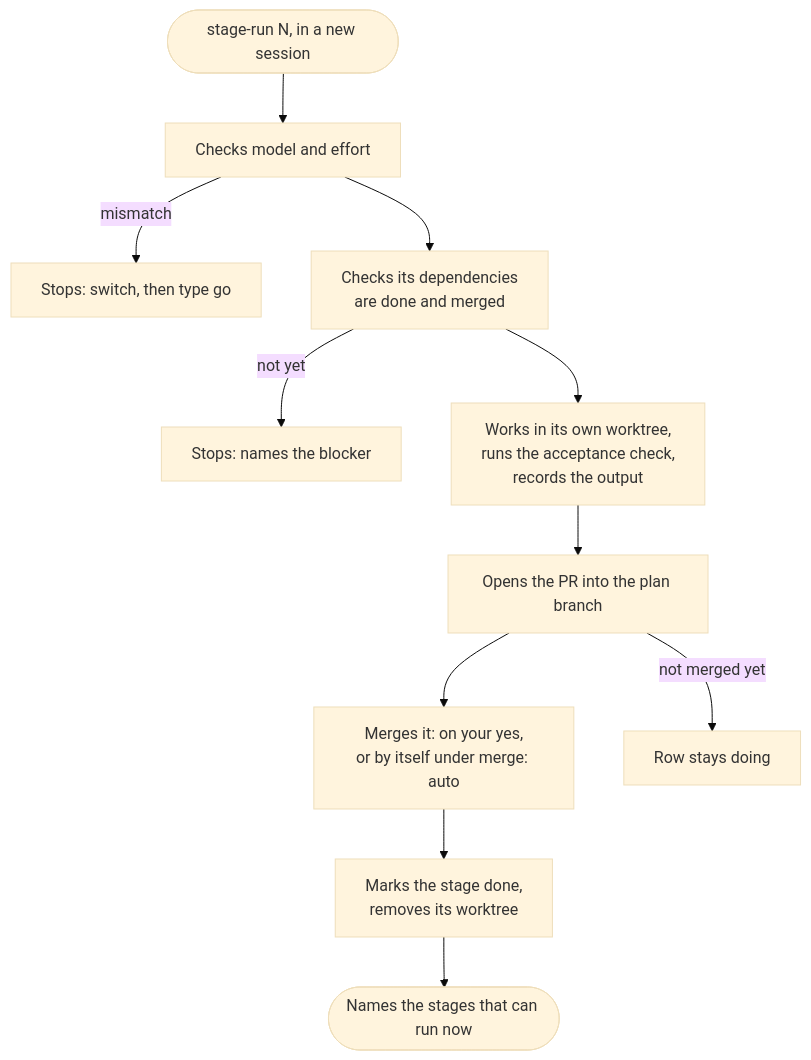
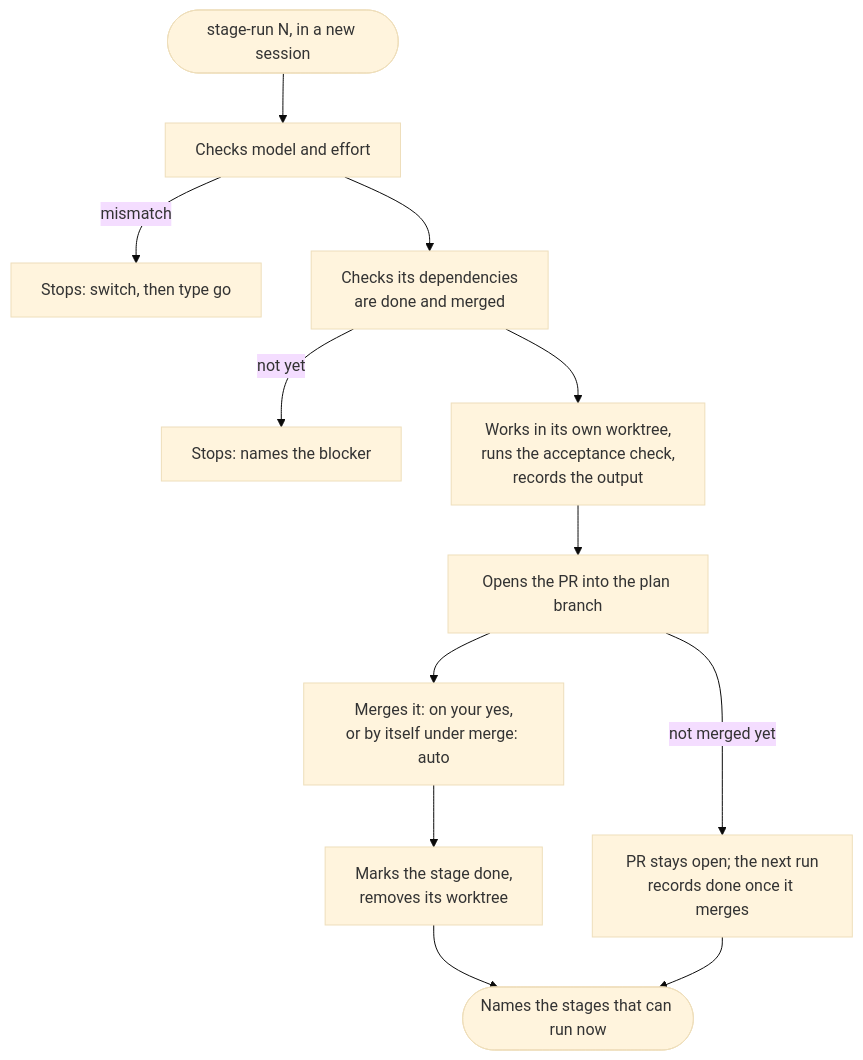
Before and after one commit to by-carlos/plan-staged-rollout: the second of 5 diagrams in docs/staged-rollout.md, drawn with Mermaid (base theme). The commit also changed other lines of this file and 9 other files, not shown here.

````diff
--- a/docs/staged-rollout.md
+++ b/docs/staged-rollout.md
@@ -103,13 +103,14 @@
 ```mermaid
 flowchart TD
     start(["stage-run N, in a new session"]) --> w["Checks model and effort"]
     w -->|mismatch| sw["Stops: switch, then type go"]
     w --> d["Checks its dependencies<br/>are done and merged"]
     d -->|not yet| st["Stops: names the blocker"]
     d --> work["Works in its own worktree,<br/>runs the acceptance check,<br/>records the output"]
     work --> pr["Opens the PR into the plan branch"]
     pr --> m["Merges it: on your yes,<br/>or by itself under merge: auto"]
-    pr -->|not merged yet| wait["Row stays doing"]
+    pr -->|not merged yet| wait["PR stays open; the next run<br/>records done once it merges"]
     m --> done["Marks the stage done,<br/>removes its worktree"]
     done --> next(["Names the stages that can run now"])
+    wait --> next
 ```
````
